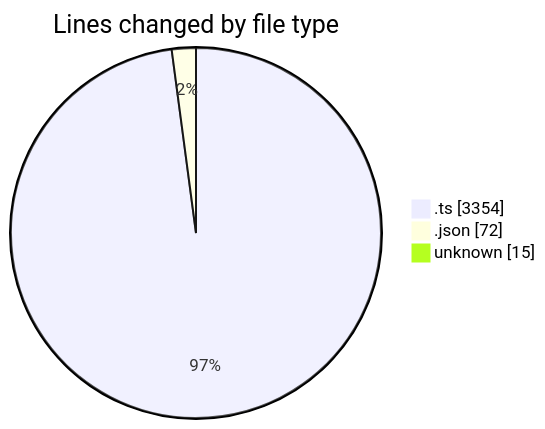
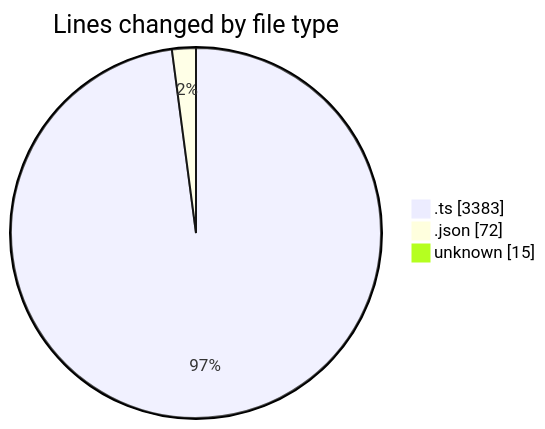
Before and after one commit to lephambinh05/code-tracking: the first of 2 diagrams in 2025-09-10/hiai-phf/README.md, drawn with Mermaid. The commit also changed other lines of this file and 1 other file, not shown here.

````diff
--- a/2025-09-10/hiai-phf/README.md
+++ b/2025-09-10/hiai-phf/README.md
@@ -29,7 +29,7 @@
 ```mermaid
 pie showData
 title Lines changed by file type
-".ts" : 3354
+".ts" : 3383
 ".json" : 72
 "unknown" : 15
 ```
````
